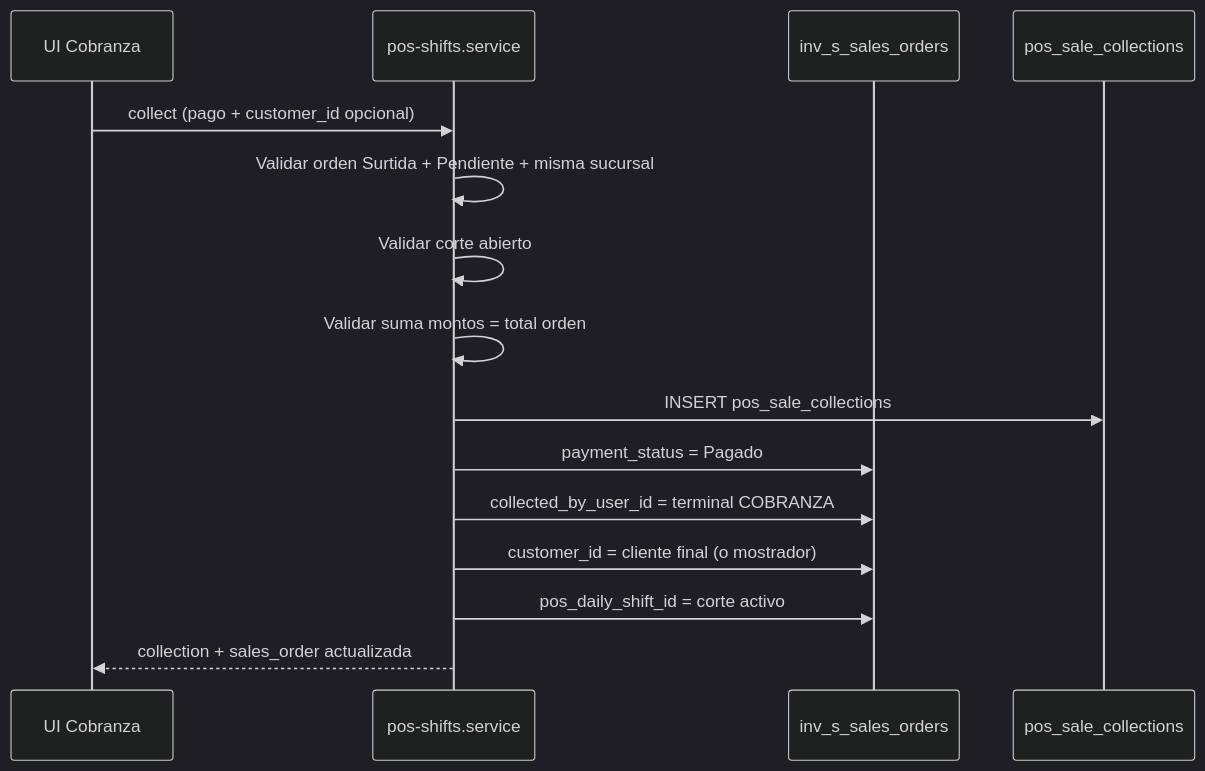
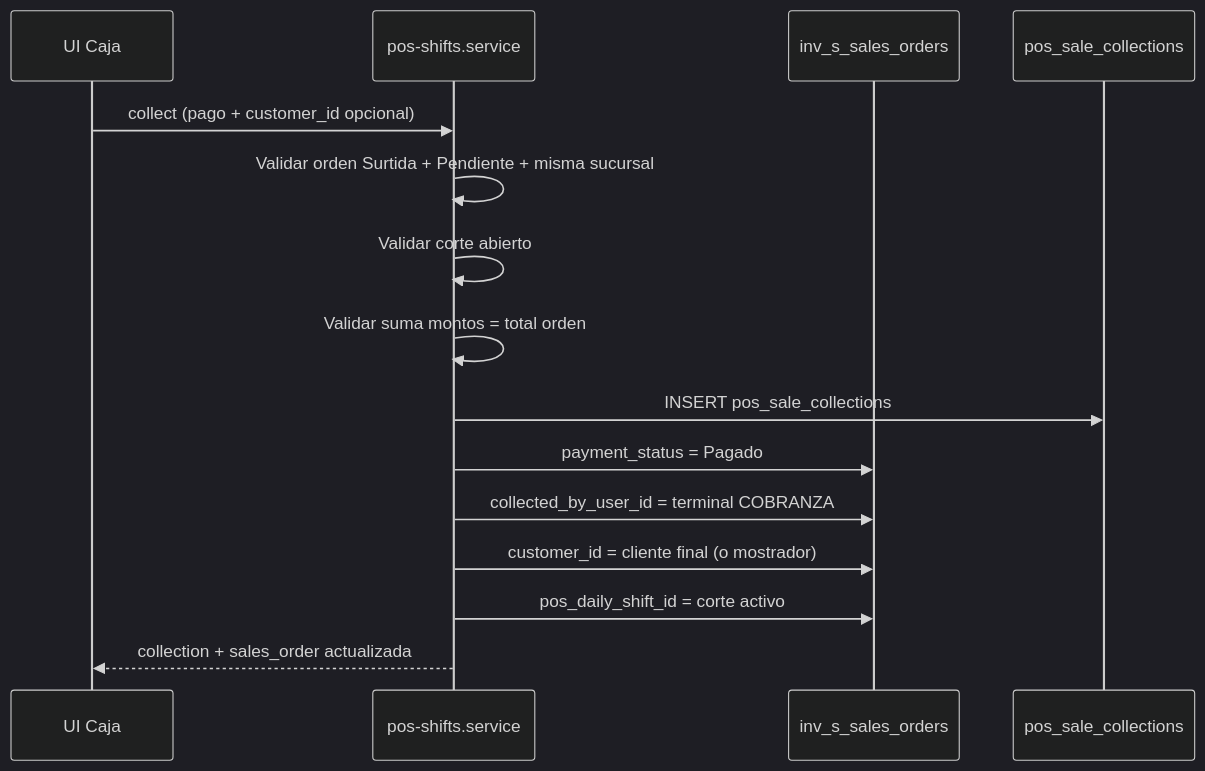
Before and after one commit to sinergy-digital-mx/sinergy-erp-backend-clients: the fifth of 5 diagrams in src/api/pos-shifts/docs/UI_POS_FLOW.md, drawn with Mermaid (dark theme). The commit also changed other lines of this file and 181 other files, not shown here.

````diff
--- a/src/api/pos-shifts/docs/UI_POS_FLOW.md
+++ b/src/api/pos-shifts/docs/UI_POS_FLOW.md
@@ -985,18 +1050,18 @@
 ```mermaid
 sequenceDiagram
-    participant UI as UI Cobranza
+    participant UI as UI Caja
     participant API as pos-shifts.service
     participant SO as inv_s_sales_orders
     participant COL as pos_sale_collections
 
     UI->>API: collect (pago + customer_id opcional)
     API->>API: Validar orden Surtida + Pendiente + misma sucursal
     API->>API: Validar corte abierto
     API->>API: Validar suma montos = total orden
     API->>COL: INSERT pos_sale_collections
     API->>SO: payment_status = Pagado
     API->>SO: collected_by_user_id = terminal COBRANZA
     API->>SO: customer_id = cliente final (o mostrador)
     API->>SO: pos_daily_shift_id = corte activo
     API-->>UI: collection + sales_order actualizada
 ```
````
